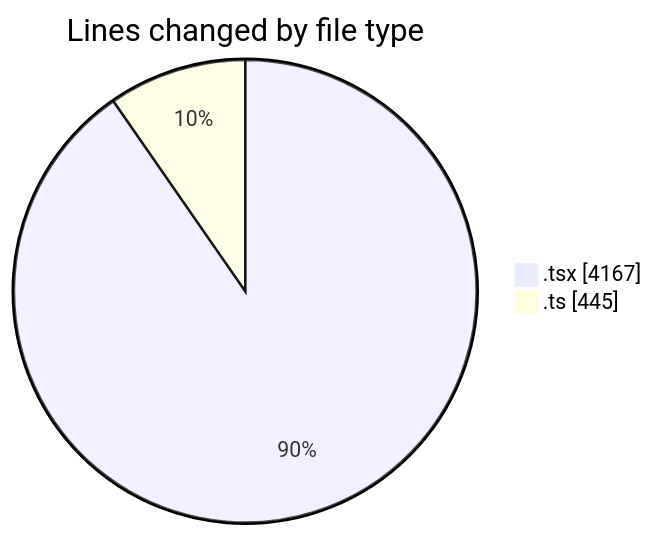
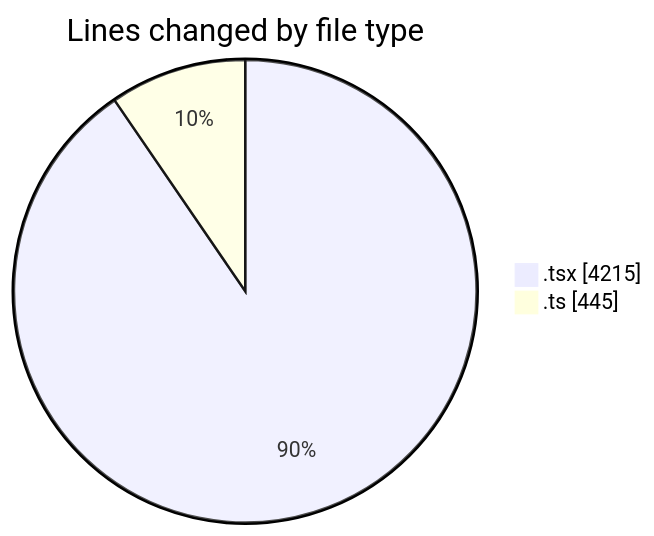
Before and after one commit to momahboobian/code-tracking: the first of 2 diagrams in 2025-09-24/cda/README.md, drawn with Mermaid. The commit also changed other lines of this file and 1 other file, not shown here.

````diff
--- a/2025-09-24/cda/README.md
+++ b/2025-09-24/cda/README.md
@@ -34,6 +34,6 @@
 ```mermaid
 pie showData
 title Lines changed by file type
-".tsx" : 4167
+".tsx" : 4215
 ".ts" : 445
 ```
````
